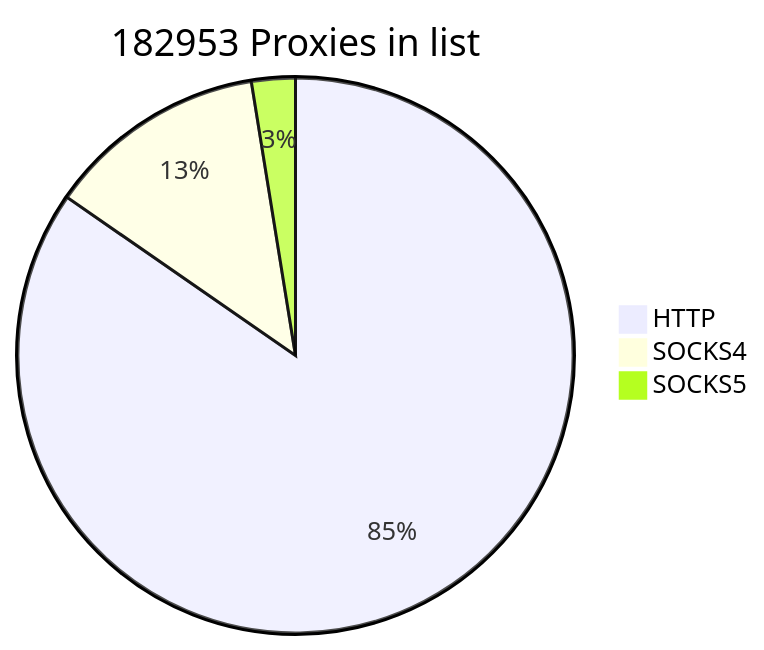
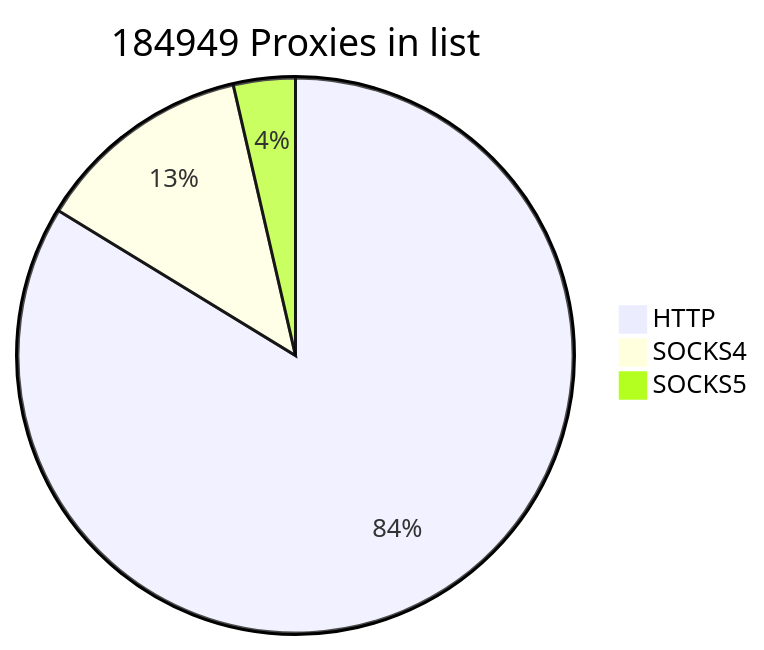
One commit to cutipu/proxylist changed the first of 2 diagrams in README.md. Above: the diagram before and after it, drawn with Mermaid. The commit also changed other lines of this file, not shown here.

````diff
--- a/README.md
+++ b/README.md
@@ -2,7 +2,7 @@
 ```mermaid
-pie title 182953 Proxies in list
-    "HTTP" : 154854
-    "SOCKS4" : 23441
-    "SOCKS5" : 4658
+pie title 184949 Proxies in list
+    "HTTP" : 154853
+    "SOCKS4" : 23440
+    "SOCKS5" : 6656
             
 ```
````
